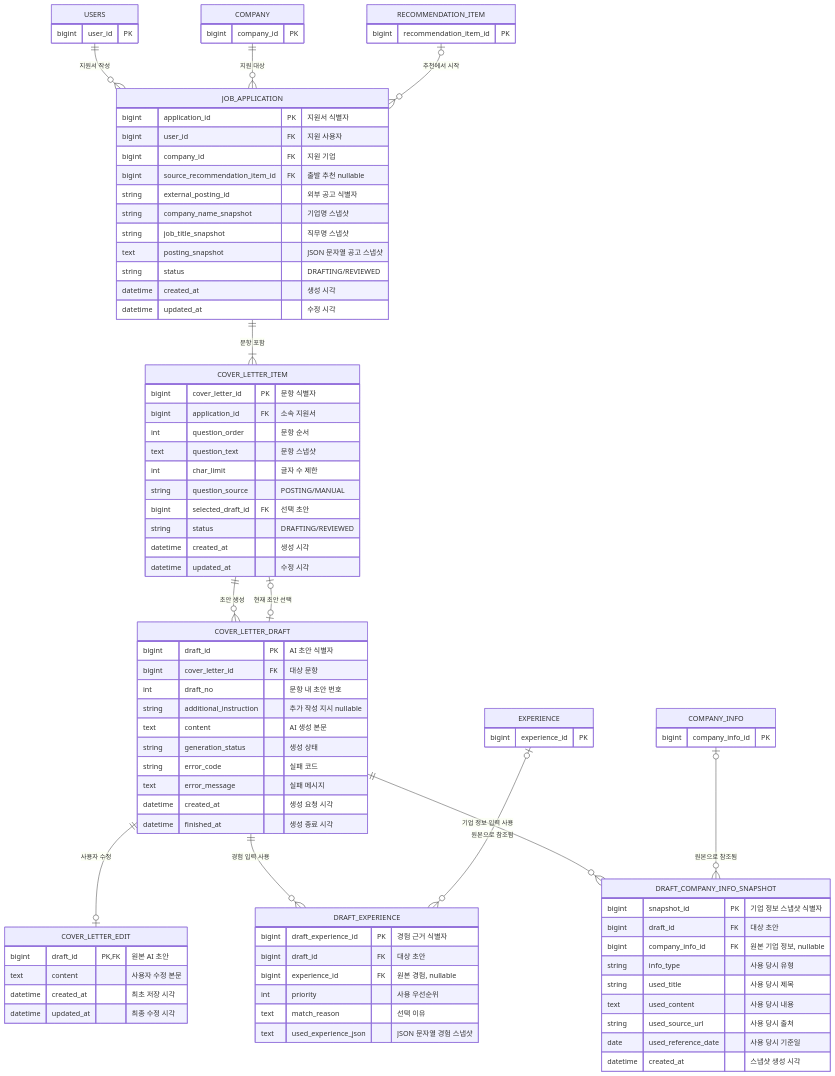
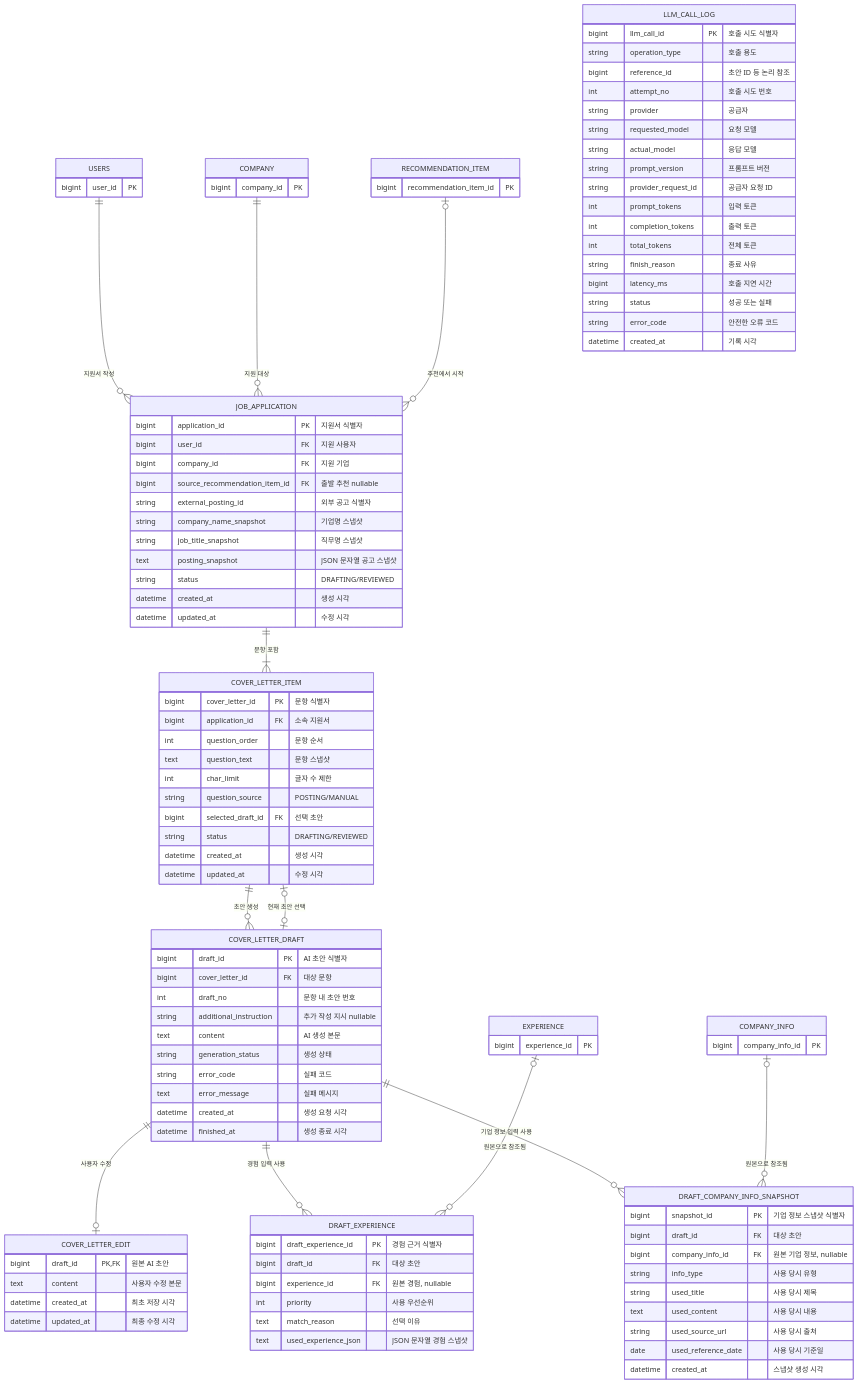
One commit to skala-gj-6/resume-recommendation changed the diagram in docs/db/04_application_cover_letter.md. Above: the diagram before and after it, drawn with Mermaid. The commit also changed other lines of this file and 72 other files, not shown here.

First line of the commit message:
Feat/llm prompt quality (#29)

````diff
--- a/docs/db/04_application_cover_letter.md
+++ b/docs/db/04_application_cover_letter.md
@@ -109,4 +109,24 @@
         date used_reference_date "사용 당시 기준일"
         datetime created_at "스냅샷 생성 시각"
     }
+
+    LLM_CALL_LOG {
+        bigint llm_call_id PK "호출 시도 식별자"
+        string operation_type "호출 용도"
+        bigint reference_id "초안 ID 등 논리 참조"
+        int attempt_no "호출 시도 번호"
+        string provider "공급자"
+        string requested_model "요청 모델"
+        string actual_model "응답 모델"
+        string prompt_version "프롬프트 버전"
+        string provider_request_id "공급자 요청 ID"
+        int prompt_tokens "입력 토큰"
+        int completion_tokens "출력 토큰"
+        int total_tokens "전체 토큰"
+        string finish_reason "종료 사유"
+        bigint latency_ms "호출 지연 시간"
+        string status "성공 또는 실패"
+        string error_code "안전한 오류 코드"
+        datetime created_at "기록 시각"
+    }
 ```
````
